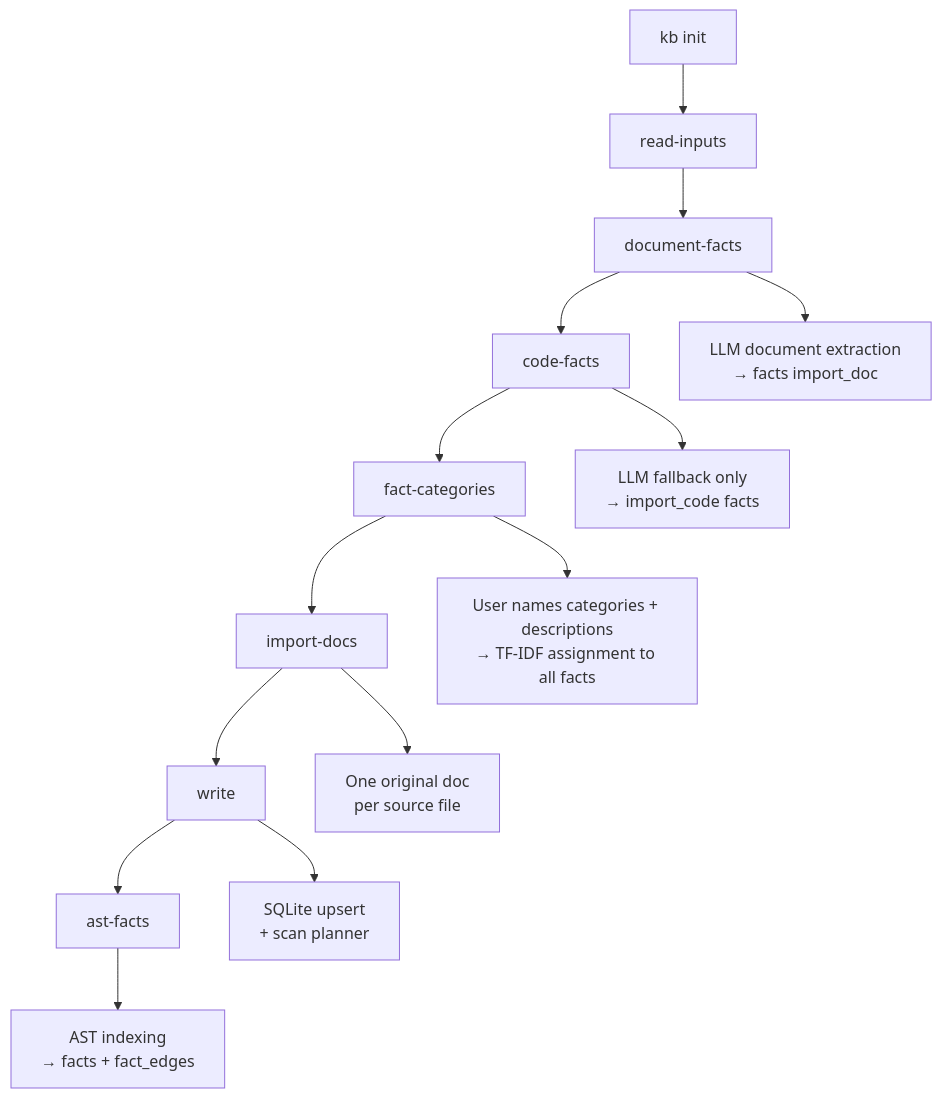
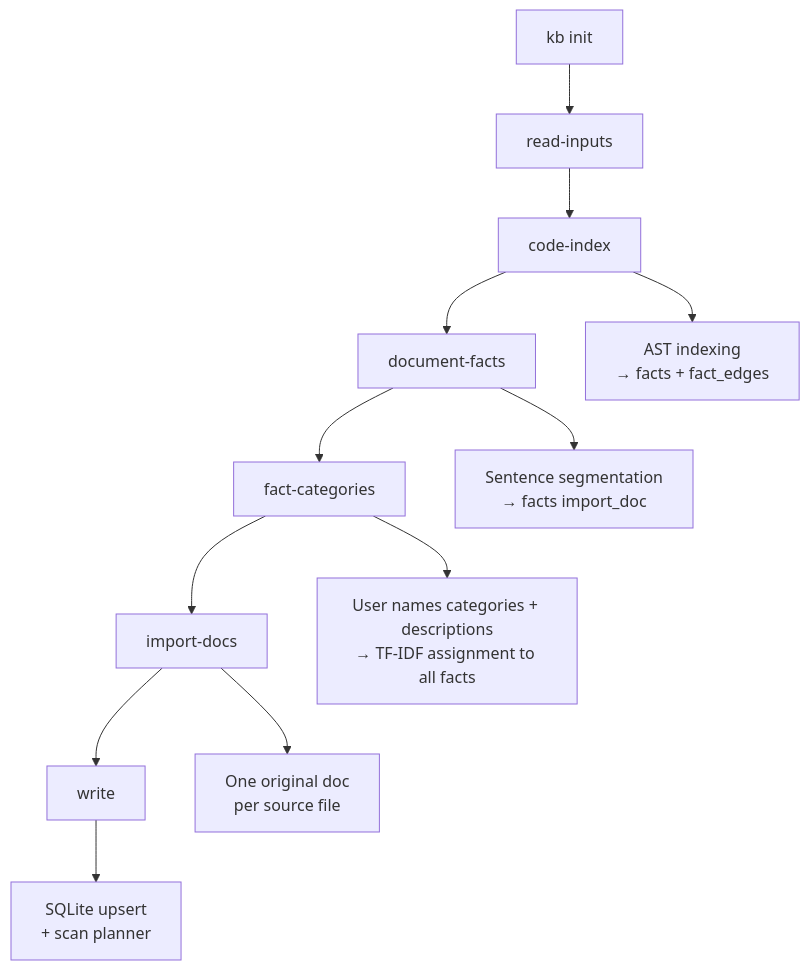
The second of 2 diagrams in src/core/INIT.md (rosenjcb/kb), drawn with Mermaid before and after one commit. The commit also changed other lines of this file and 12 other files, not shown here.

Commit message:
chore: removed code graph references

````diff
--- a/src/core/INIT.md
+++ b/src/core/INIT.md
@@ -30,17 +24,15 @@
 ```mermaid
 flowchart TD
     A[kb init] --> R[read-inputs]
-    R --> MF[document-facts]
-    MF --> CF[code-facts]
-    CF --> FC[fact-categories]
+    R --> CI[code-index]
+    CI --> MF[document-facts]
+    MF --> FC[fact-categories]
     FC --> IM[import-docs]
     IM --> W[write]
-    W --> AF[ast-facts]
 
-    MF --> MF1["LLM document extraction\n→ facts import_doc"]
-    CF --> CF1["LLM fallback only\n→ import_code facts"]
+    CI --> CI1["AST indexing\n→ facts + fact_edges"]
+    MF --> MF1["Sentence segmentation\n→ facts import_doc"]
     FC --> FC1["User names categories + descriptions\n→ TF-IDF assignment to all facts"]
     IM --> IM1["One original doc\nper source file"]
     W --> W1["SQLite upsert\n+ scan planner"]
-    AF --> AF1["AST indexing\n→ facts + fact_edges"]
 ```
````
